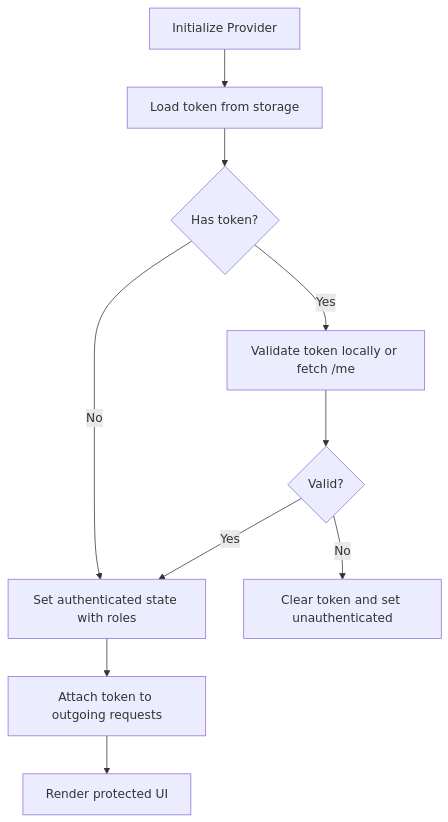
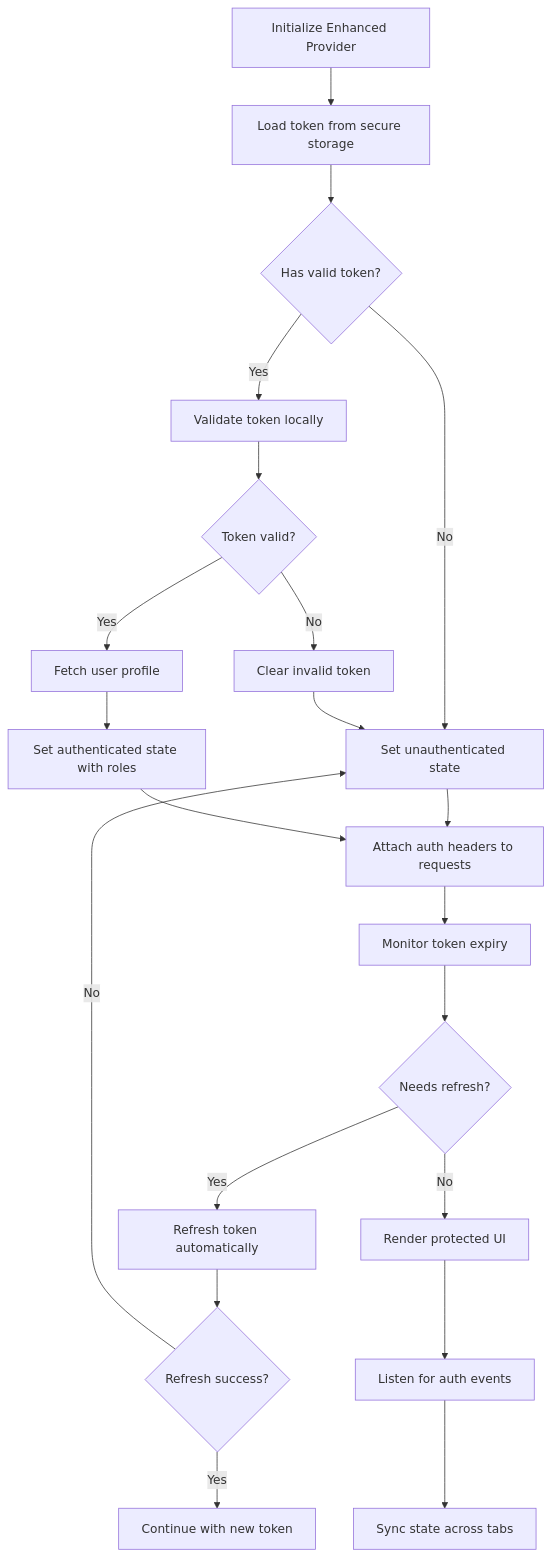
One commit to HassanAmeer/cheaprouter changed the eighth of 9 diagrams in .qoder/repowiki/en/content/Backend Architecture/Authentication & Authorization.md. Above: the diagram before and after it, drawn with Mermaid. The commit also changed other lines of this file and 54 other files, not shown here.

````diff
--- a/.qoder/repowiki/en/content/Backend Architecture/Authentication & Authorization.md
+++ b/.qoder/repowiki/en/content/Backend Architecture/Authentication & Authorization.md
@@ -326,12 +517,23 @@
 ```mermaid
 flowchart TD
-Init["Initialize Provider"] --> LoadToken["Load token from storage"]
-LoadToken --> HasToken{"Has token?"}
-HasToken --> |No| SetState["Set unauthenticated state"]
-HasToken --> |Yes| Validate["Validate token locally or fetch /me"]
-Validate --> Valid{"Valid?"}
-Valid --> |No| Clear["Clear token and set unauthenticated"]
-Valid --> |Yes| SetState["Set authenticated state with roles"]
-SetState --> Attach["Attach token to outgoing requests"]
-Attach --> Render["Render protected UI"]
+Init["Initialize Enhanced Provider"] --> LoadToken["Load token from secure storage"]
+LoadToken --> HasToken{"Has valid token?"}
+HasToken --> |No| SetUnauth["Set unauthenticated state"]
+HasToken --> |Yes| ValidateToken["Validate token locally"]
+ValidateToken --> Valid{"Token valid?"}
+Valid --> |No| ClearToken["Clear invalid token"]
+ClearToken --> SetUnauth
+Valid --> |Yes| FetchProfile["Fetch user profile"]
+FetchProfile --> ProfileLoaded["Set authenticated state with roles"]
+SetUnauth --> AttachHeaders["Attach auth headers to requests"]
+ProfileLoaded --> AttachHeaders
+AttachHeaders --> MonitorExpiry["Monitor token expiry"]
+MonitorExpiry --> NeedsRefresh{"Needs refresh?"}
+NeedsRefresh --> |Yes| RefreshToken["Refresh token automatically"]
+RefreshToken --> RefreshSuccess{"Refresh success?"}
+RefreshSuccess --> |Yes| Continue["Continue with new token"]
+RefreshSuccess --> |No| SetUnauth
+NeedsRefresh --> |No| RenderUI["Render protected UI"]
+RenderUI --> ListenEvents["Listen for auth events"]
+ListenEvents --> SyncState["Sync state across tabs"]
 ```
````
